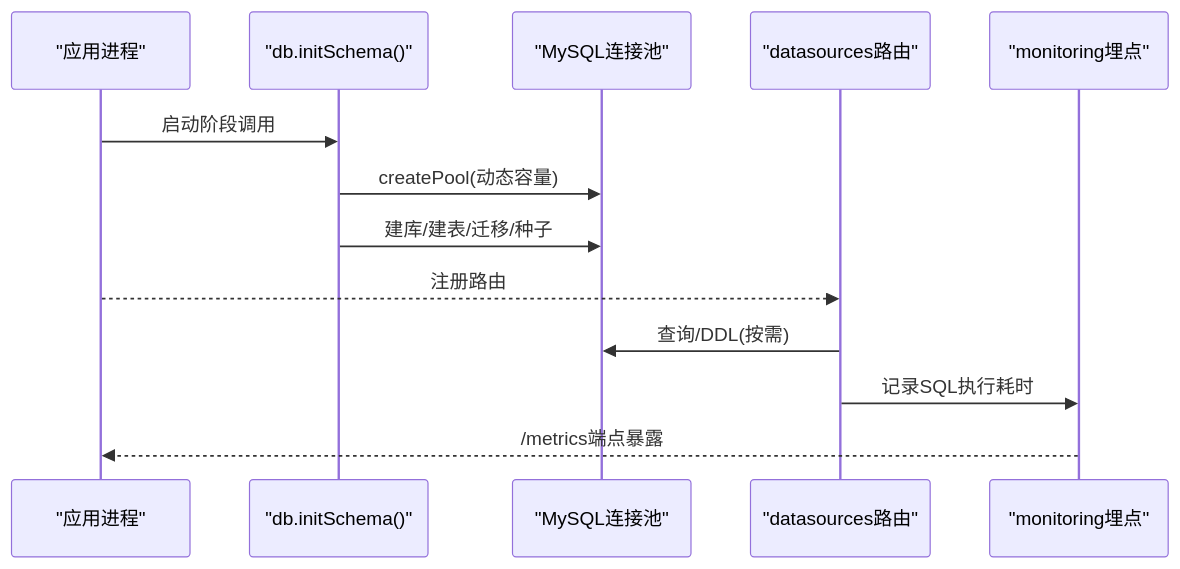
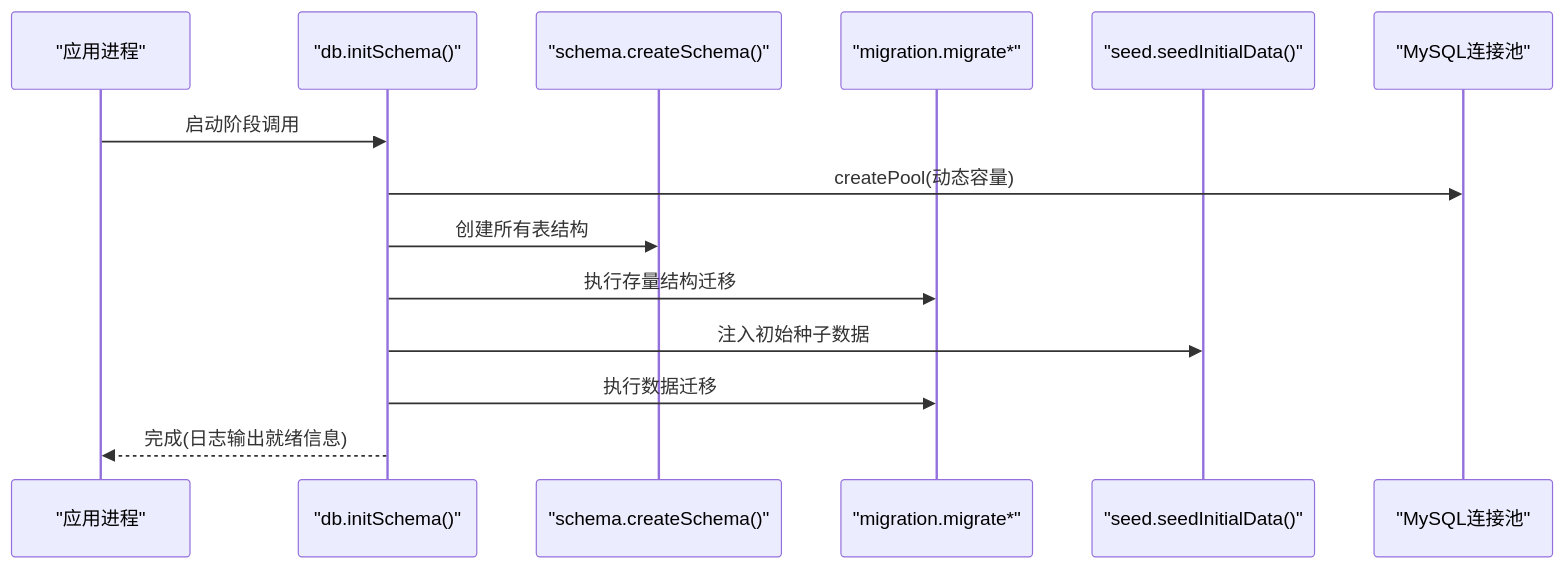
Before and after one commit to dgjin/smart-data-analytics: the second of 5 diagrams in .qoder/repowiki/zh/content/后端服务/数据访问层/数据库连接管理.md, drawn with Mermaid. The commit also changed other lines of this file and 146 other files, not shown here.

````diff
--- a/.qoder/repowiki/zh/content/后端服务/数据访问层/数据库连接管理.md
+++ b/.qoder/repowiki/zh/content/后端服务/数据访问层/数据库连接管理.md
@@ -72,15 +91,16 @@
 ```mermaid
 sequenceDiagram
 participant App as "应用进程"
-participant DBInit as "db.initSchema()"
+participant DB as "db.initSchema()"
+participant Schema as "schema.createSchema()"
+participant Migration as "migration.migrate*"
+participant Seed as "seed.seedInitialData()"
 participant Pool as "MySQL连接池"
-participant DSRoute as "datasources路由"
-participant Mon as "monitoring埋点"
-App->>DBInit : 启动阶段调用
-DBInit->>Pool : createPool(动态容量)
-DBInit->>Pool : 建库/建表/迁移/种子
-App-->>DSRoute : 注册路由
-DSRoute->>Pool : 查询/DDL(按需)
-DSRoute->>Mon : 记录SQL执行耗时
-Mon-->>App : /metrics端点暴露
+App->>DB : 启动阶段调用
+DB->>Pool : createPool(动态容量)
+DB->>Schema : 创建所有表结构
+DB->>Migration : 执行存量结构迁移
+DB->>Seed : 注入初始种子数据
+DB->>Migration : 执行数据迁移
+DB-->>App : 完成(日志输出就绪信息)
 ```
````
